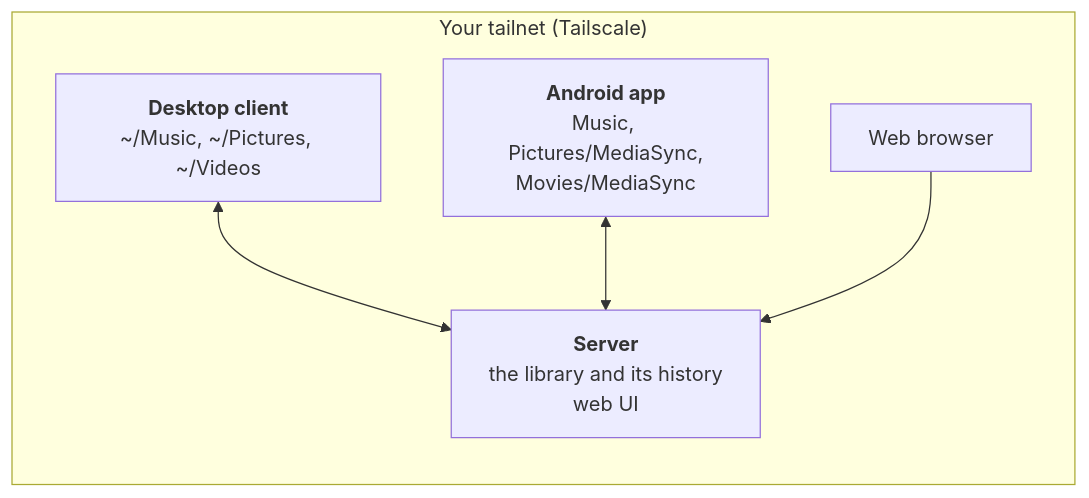
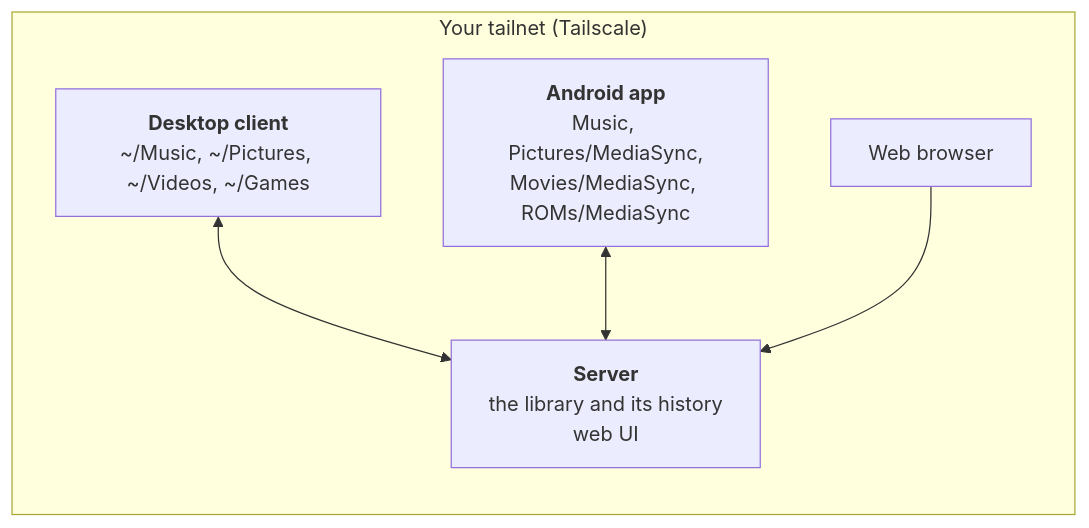
One commit to tblisonb/MediaSync changed the diagram in README.md. Above: the diagram before and after it, drawn with Mermaid. The commit also changed other lines of this file and 6 other files, not shown here.

First line of the commit message:
Games on the phone, docs, and versions (server 0.4.0, desktop 0.2.0, app 0.6.0)

````diff
--- a/README.md
+++ b/README.md
@@ -23,12 +26,12 @@
 ```mermaid
 flowchart LR
     subgraph tailnet["Your tailnet (Tailscale)"]
         server["<b>Server</b><br/>the library and its history<br/>web UI"]
-        pc["<b>Desktop client</b><br/>~/Music, ~/Pictures, ~/Videos"]
-        phone["<b>Android app</b><br/>Music, Pictures/MediaSync,<br/>Movies/MediaSync"]
+        pc["<b>Desktop client</b><br/>~/Music, ~/Pictures, ~/Videos, ~/Games"]
+        phone["<b>Android app</b><br/>Music, Pictures/MediaSync,<br/>Movies/MediaSync, ROMs/MediaSync"]
         browser["Web browser"]
         pc <--> server
         phone <--> server
         browser --> server
     end
 ```
````
